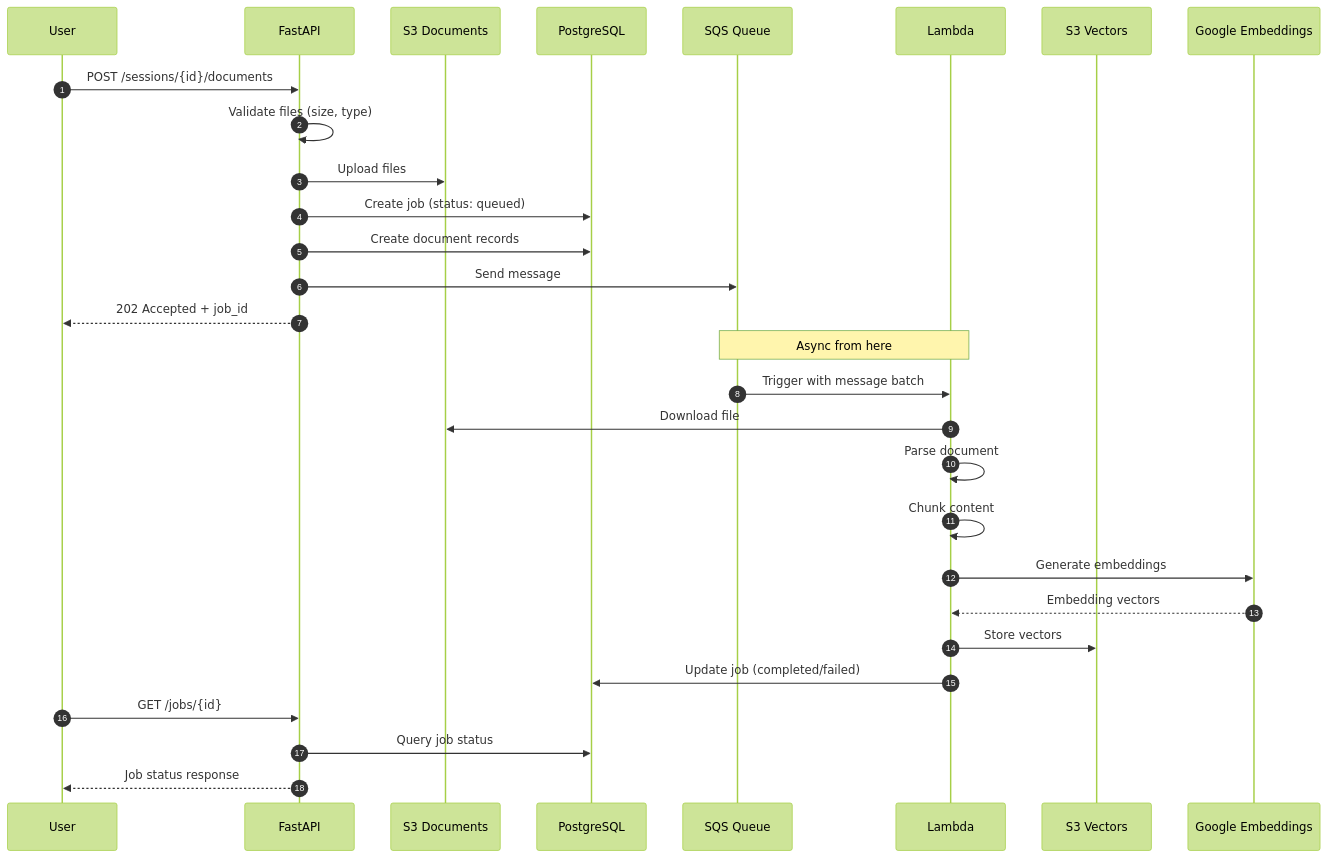
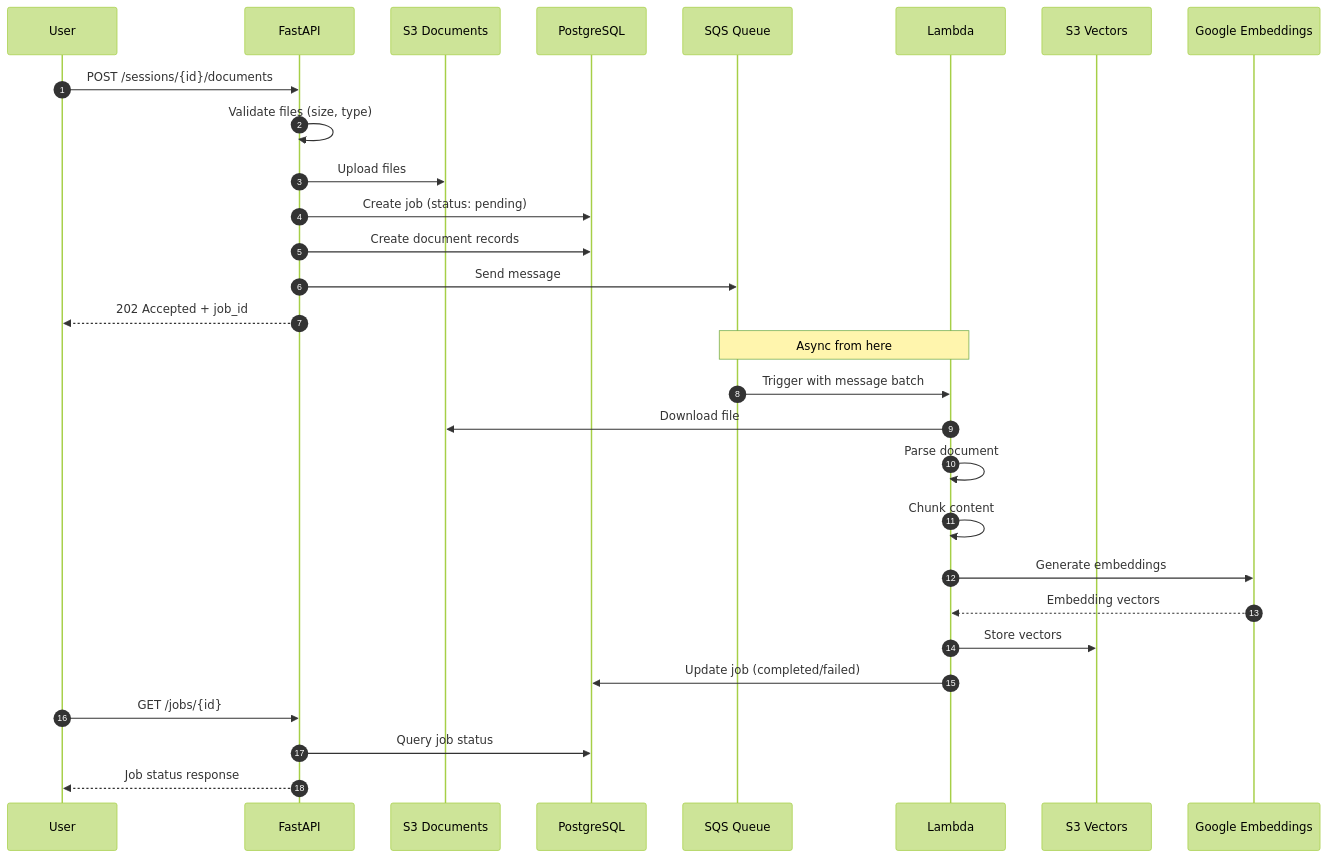
One commit to h19overflow/Student_Helper changed the third of 4 diagrams in documentation/service_level/sqs-architecture.md. Above: the diagram before and after it, drawn with Mermaid (forest theme). The commit also changed other lines of this file and 2 other files, not shown here.

Commit message:
Update API documentation to reflect endpoint changes for document management and job status. Rename 'documents' to 'docs' in API routes, and update job states terminology. Enhance health check endpoints for database and vector store connectivity.

````diff
--- a/documentation/service_level/sqs-architecture.md
+++ b/documentation/service_level/sqs-architecture.md
@@ -166,35 +166,35 @@
 ```mermaid
 sequenceDiagram
     autonumber
     participant U as User
     participant API as FastAPI
     participant S3 as S3 Documents
     participant RDS as PostgreSQL
     participant SQS as SQS Queue
     participant L as Lambda
     participant Vec as S3 Vectors
     participant GCP as Google Embeddings
 
     U->>API: POST /sessions/{id}/documents
     API->>API: Validate files (size, type)
     API->>S3: Upload files
-    API->>RDS: Create job (status: queued)
+    API->>RDS: Create job (status: pending)
     API->>RDS: Create document records
     API->>SQS: Send message
     API-->>U: 202 Accepted + job_id
 
     Note over SQS,L: Async from here
 
     SQS->>L: Trigger with message batch
     L->>S3: Download file
     L->>L: Parse document
     L->>L: Chunk content
     L->>GCP: Generate embeddings
     GCP-->>L: Embedding vectors
     L->>Vec: Store vectors
     L->>RDS: Update job (completed/failed)
 
     U->>API: GET /jobs/{id}
     API->>RDS: Query job status
     API-->>U: Job status response
 ```
````
